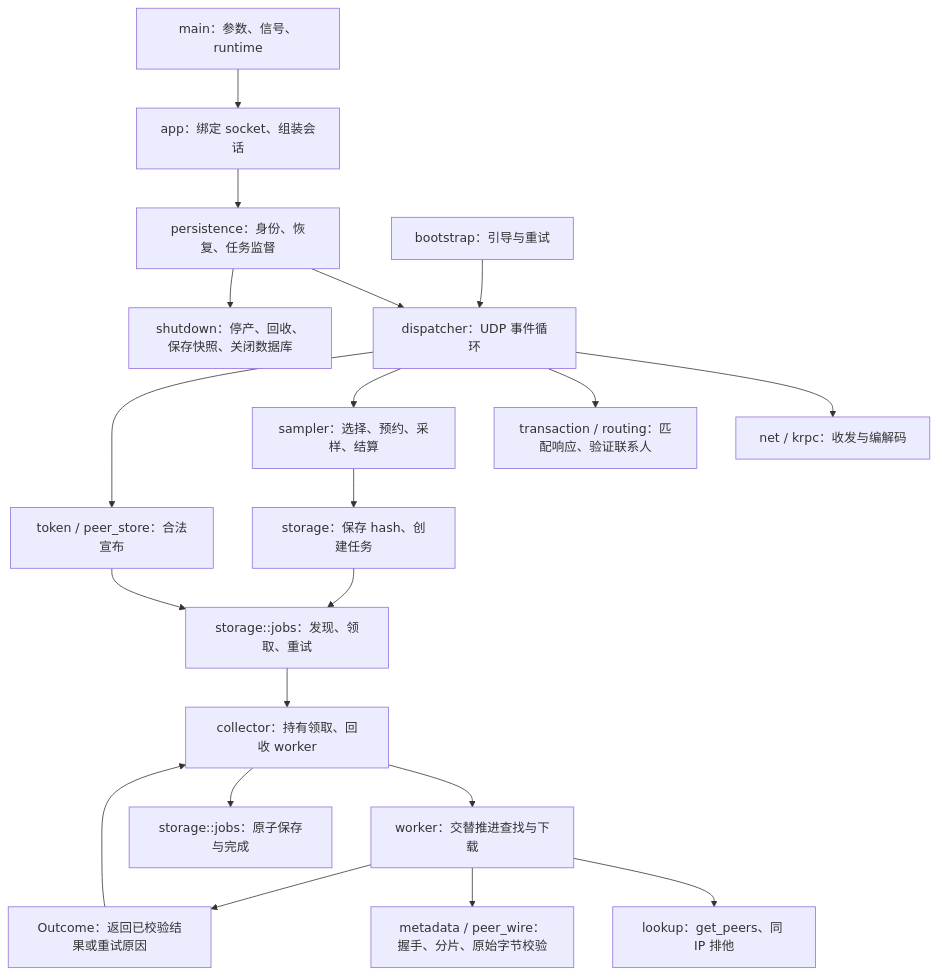
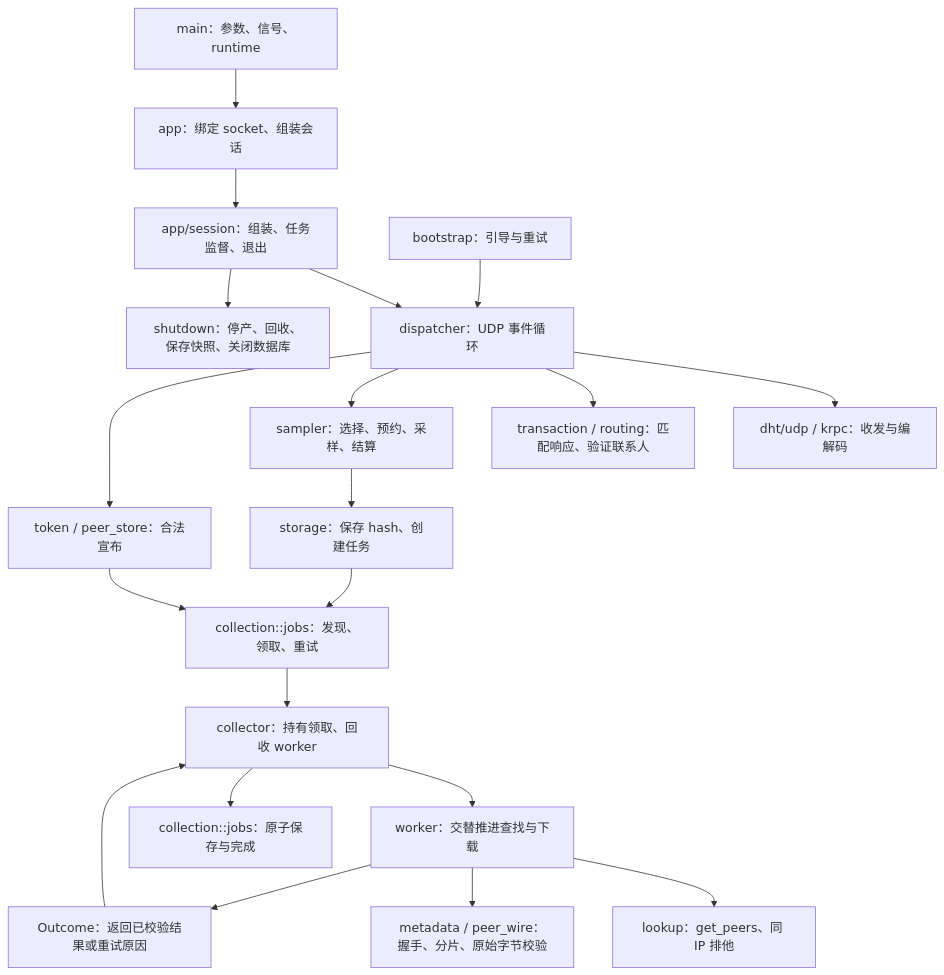
Before and after one commit to zzwtsy/bt-sniffer: the second of 2 diagrams in docs/getting-started.md, drawn with Mermaid. The commit also changed other lines of this file and 160 other files, not shown here.

````diff
--- a/docs/getting-started.md
+++ b/docs/getting-started.md
@@ -79,22 +79,22 @@
 ```mermaid
 flowchart TD
     main[main：参数、信号、runtime] --> app[app：绑定 socket、组装会话]
-    app --> session[persistence：身份、恢复、任务监督]
+    app --> session[app/session：组装、任务监督、退出]
     session --> dispatcher[dispatcher：UDP 事件循环]
     bootstrap[bootstrap：引导与重试] --> dispatcher
-    dispatcher --> protocol[net / krpc：收发与编解码]
+    dispatcher --> protocol[dht/udp / krpc：收发与编解码]
     dispatcher --> routing[transaction / routing：匹配响应、验证联系人]
     dispatcher --> sampler[sampler：选择、预约、采样、结算]
     dispatcher --> announce[token / peer_store：合法宣布]
     sampler --> hashes[storage：保存 hash、创建任务]
-    announce --> jobs[storage::jobs：发现、领取、重试]
+    announce --> jobs[collection::jobs：发现、领取、重试]
     hashes --> jobs
     jobs --> collector[collector：持有领取、回收 worker]
     collector --> worker[worker：交替推进查找与下载]
     worker --> lookup[lookup：get_peers、同 IP 排他]
     worker --> metadata[metadata / peer_wire：握手、分片、原始字节校验]
     worker --> result[Outcome：返回已校验结果或重试原因]
     result --> collector
-    collector --> complete[storage::jobs：原子保存与完成]
+    collector --> complete[collection::jobs：原子保存与完成]
     session --> shutdown[shutdown：停产、回收、保存快照、关闭数据库]
 ```
````
